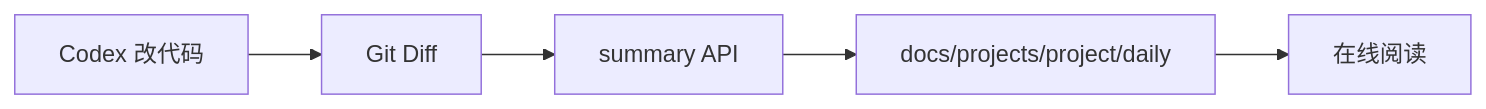
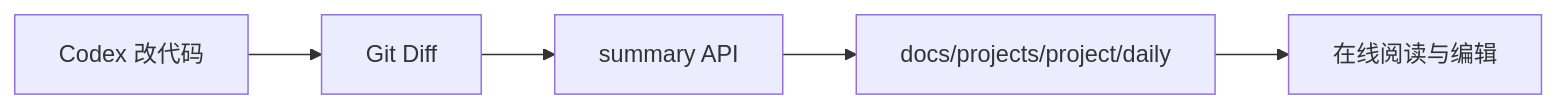
One commit to SivanHu/md_online changed the diagram in docs/guide/getting-started.md. Above: the diagram before and after it, drawn with Mermaid. The commit also changed other lines of this file and 35 other files, not shown here.

````diff
--- a/docs/guide/getting-started.md
+++ b/docs/guide/getting-started.md
@@ -45,7 +62,7 @@
 ```mermaid
 flowchart LR
   Codex[Codex 改代码] --> Git[Git Diff]
   Git --> API[summary API]
   API --> MD[docs/projects/project/daily]
-  MD --> Viewer[在线阅读]
+  MD --> Viewer[在线阅读与编辑]
 ```
````
